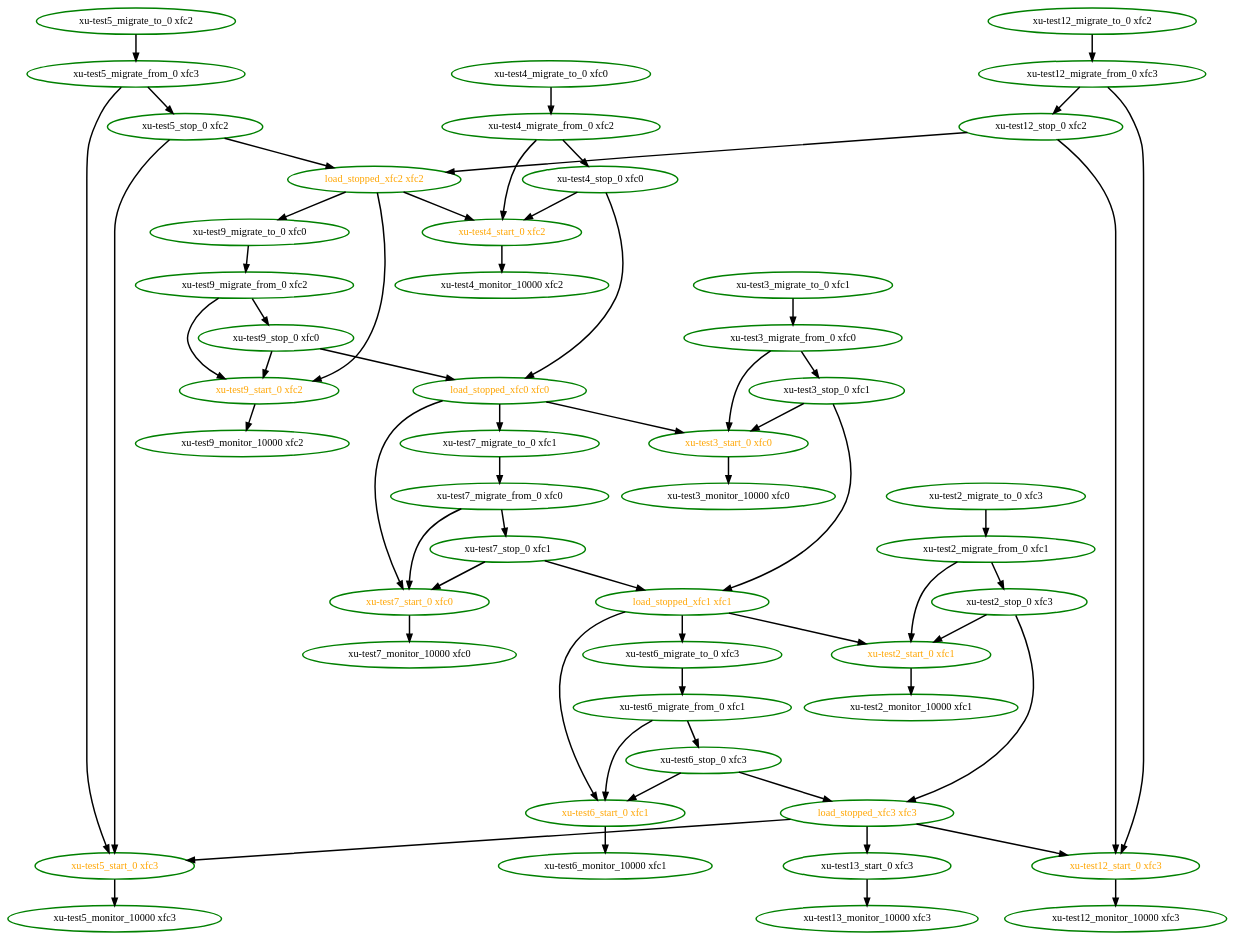
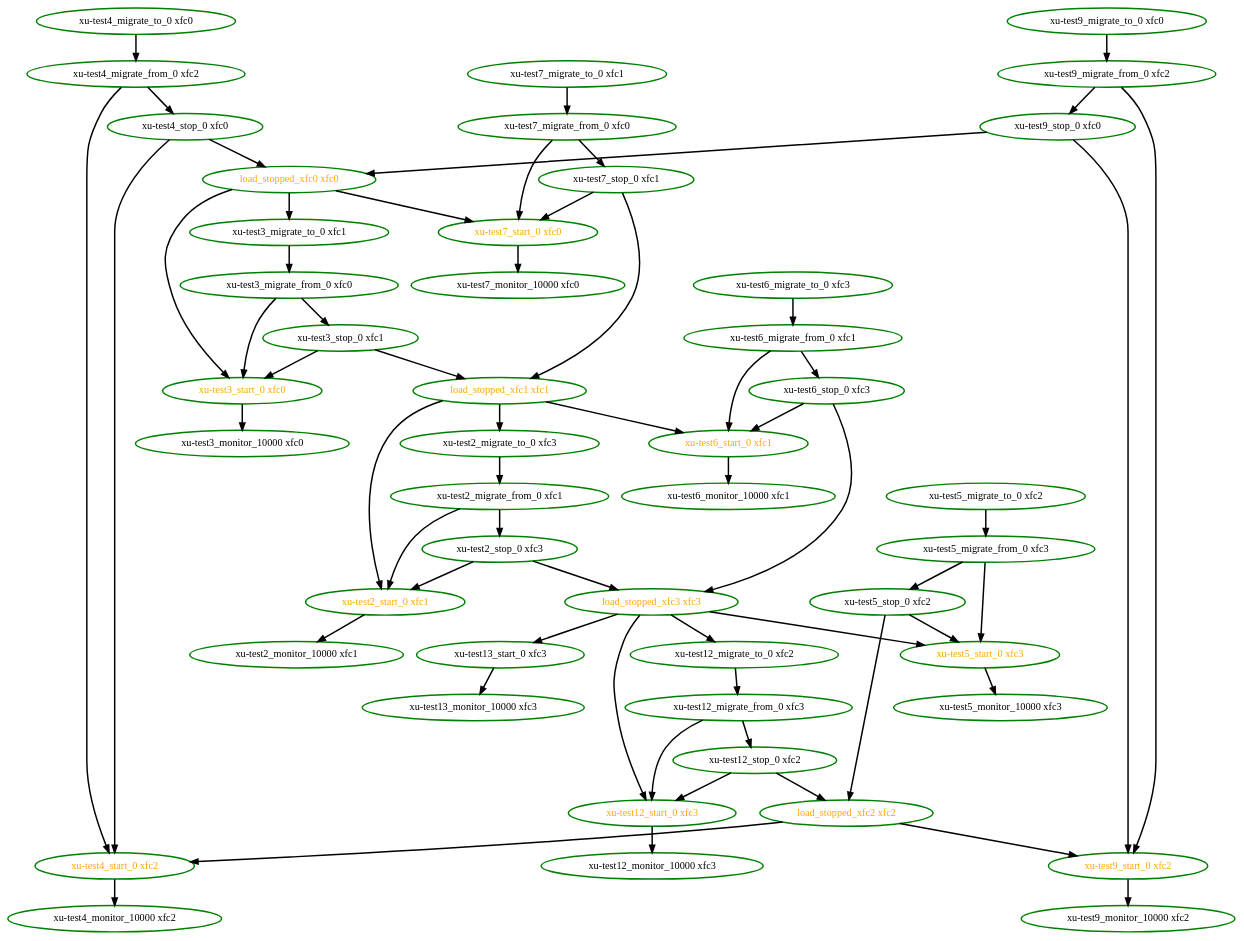
Before and after one commit to ClusterLabs/pacemaker: the diagram in cts/scheduler/load-stopped-loop-2.dot, drawn with Graphviz. The commit also changed 5 other files, not shown here.

```diff
--- a/cts/scheduler/load-stopped-loop-2.dot
+++ b/cts/scheduler/load-stopped-loop-2.dot
@@ -1,109 +1,109 @@
 digraph "g" {
+"load_stopped_xfc0 xfc0" -> "xu-test3_migrate_to_0 xfc1" [ style = bold]
 "load_stopped_xfc0 xfc0" -> "xu-test3_start_0 xfc0" [ style = bold]
-"load_stopped_xfc0 xfc0" -> "xu-test7_migrate_to_0 xfc1" [ style = bold]
 "load_stopped_xfc0 xfc0" -> "xu-test7_start_0 xfc0" [ style = bold]
 "load_stopped_xfc0 xfc0" [ style=bold color="green" fontcolor="orange"]
+"load_stopped_xfc1 xfc1" -> "xu-test2_migrate_to_0 xfc3" [ style = bold]
 "load_stopped_xfc1 xfc1" -> "xu-test2_start_0 xfc1" [ style = bold]
-"load_stopped_xfc1 xfc1" -> "xu-test6_migrate_to_0 xfc3" [ style = bold]
 "load_stopped_xfc1 xfc1" -> "xu-test6_start_0 xfc1" [ style = bold]
 "load_stopped_xfc1 xfc1" [ style=bold color="green" fontcolor="orange"]
 "load_stopped_xfc2 xfc2" -> "xu-test4_start_0 xfc2" [ style = bold]
-"load_stopped_xfc2 xfc2" -> "xu-test9_migrate_to_0 xfc0" [ style = bold]
 "load_stopped_xfc2 xfc2" -> "xu-test9_start_0 xfc2" [ style = bold]
 "load_stopped_xfc2 xfc2" [ style=bold color="green" fontcolor="orange"]
+"load_stopped_xfc3 xfc3" -> "xu-test12_migrate_to_0 xfc2" [ style = bold]
 "load_stopped_xfc3 xfc3" -> "xu-test12_start_0 xfc3" [ style = bold]
 "load_stopped_xfc3 xfc3" -> "xu-test13_start_0 xfc3" [ style = bold]
 "load_stopped_xfc3 xfc3" -> "xu-test5_start_0 xfc3" [ style = bold]
 "load_stopped_xfc3 xfc3" [ style=bold color="green" fontcolor="orange"]
 "xu-test12_migrate_from_0 xfc3" -> "xu-test12_start_0 xfc3" [ style = bold]
 "xu-test12_migrate_from_0 xfc3" -> "xu-test12_stop_0 xfc2" [ style = bold]
 "xu-test12_migrate_from_0 xfc3" [ style=bold color="green" fontcolor="black"]
 "xu-test12_migrate_to_0 xfc2" -> "xu-test12_migrate_from_0 xfc3" [ style = bold]
 "xu-test12_migrate_to_0 xfc2" [ style=bold color="green" fontcolor="black"]
 "xu-test12_monitor_10000 xfc3" [ style=bold color="green" fontcolor="black"]
 "xu-test12_start_0 xfc3" -> "xu-test12_monitor_10000 xfc3" [ style = bold]
 "xu-test12_start_0 xfc3" [ style=bold color="green" fontcolor="orange"]
 "xu-test12_stop_0 xfc2" -> "load_stopped_xfc2 xfc2" [ style = bold]
 "xu-test12_stop_0 xfc2" -> "xu-test12_start_0 xfc3" [ style = bold]
 "xu-test12_stop_0 xfc2" [ style=bold color="green" fontcolor="black"]
 "xu-test13_monitor_10000 xfc3" [ style=bold color="green" fontcolor="black"]
 "xu-test13_start_0 xfc3" -> "xu-test13_monitor_10000 xfc3" [ style = bold]
 "xu-test13_start_0 xfc3" [ style=bold color="green" fontcolor="black"]
 "xu-test2_migrate_from_0 xfc1" -> "xu-test2_start_0 xfc1" [ style = bold]
 "xu-test2_migrate_from_0 xfc1" -> "xu-test2_stop_0 xfc3" [ style = bold]
 "xu-test2_migrate_from_0 xfc1" [ style=bold color="green" fontcolor="black"]
 "xu-test2_migrate_to_0 xfc3" -> "xu-test2_migrate_from_0 xfc1" [ style = bold]
 "xu-test2_migrate_to_0 xfc3" [ style=bold color="green" fontcolor="black"]
 "xu-test2_monitor_10000 xfc1" [ style=bold color="green" fontcolor="black"]
 "xu-test2_start_0 xfc1" -> "xu-test2_monitor_10000 xfc1" [ style = bold]
 "xu-test2_start_0 xfc1" [ style=bold color="green" fontcolor="orange"]
 "xu-test2_stop_0 xfc3" -> "load_stopped_xfc3 xfc3" [ style = bold]
 "xu-test2_stop_0 xfc3" -> "xu-test2_start_0 xfc1" [ style = bold]
 "xu-test2_stop_0 xfc3" [ style=bold color="green" fontcolor="black"]
 "xu-test3_migrate_from_0 xfc0" -> "xu-test3_start_0 xfc0" [ style = bold]
 "xu-test3_migrate_from_0 xfc0" -> "xu-test3_stop_0 xfc1" [ style = bold]
 "xu-test3_migrate_from_0 xfc0" [ style=bold color="green" fontcolor="black"]
 "xu-test3_migrate_to_0 xfc1" -> "xu-test3_migrate_from_0 xfc0" [ style = bold]
 "xu-test3_migrate_to_0 xfc1" [ style=bold color="green" fontcolor="black"]
 "xu-test3_monitor_10000 xfc0" [ style=bold color="green" fontcolor="black"]
 "xu-test3_start_0 xfc0" -> "xu-test3_monitor_10000 xfc0" [ style = bold]
 "xu-test3_start_0 xfc0" [ style=bold color="green" fontcolor="orange"]
 "xu-test3_stop_0 xfc1" -> "load_stopped_xfc1 xfc1" [ style = bold]
 "xu-test3_stop_0 xfc1" -> "xu-test3_start_0 xfc0" [ style = bold]
 "xu-test3_stop_0 xfc1" [ style=bold color="green" fontcolor="black"]
 "xu-test4_migrate_from_0 xfc2" -> "xu-test4_start_0 xfc2" [ style = bold]
 "xu-test4_migrate_from_0 xfc2" -> "xu-test4_stop_0 xfc0" [ style = bold]
 "xu-test4_migrate_from_0 xfc2" [ style=bold color="green" fontcolor="black"]
 "xu-test4_migrate_to_0 xfc0" -> "xu-test4_migrate_from_0 xfc2" [ style = bold]
 "xu-test4_migrate_to_0 xfc0" [ style=bold color="green" fontcolor="black"]
 "xu-test4_monitor_10000 xfc2" [ style=bold color="green" fontcolor="black"]
 "xu-test4_start_0 xfc2" -> "xu-test4_monitor_10000 xfc2" [ style = bold]
 "xu-test4_start_0 xfc2" [ style=bold color="green" fontcolor="orange"]
 "xu-test4_stop_0 xfc0" -> "load_stopped_xfc0 xfc0" [ style = bold]
 "xu-test4_stop_0 xfc0" -> "xu-test4_start_0 xfc2" [ style = bold]
 "xu-test4_stop_0 xfc0" [ style=bold color="green" fontcolor="black"]
 "xu-test5_migrate_from_0 xfc3" -> "xu-test5_start_0 xfc3" [ style = bold]
 "xu-test5_migrate_from_0 xfc3" -> "xu-test5_stop_0 xfc2" [ style = bold]
 "xu-test5_migrate_from_0 xfc3" [ style=bold color="green" fontcolor="black"]
 "xu-test5_migrate_to_0 xfc2" -> "xu-test5_migrate_from_0 xfc3" [ style = bold]
 "xu-test5_migrate_to_0 xfc2" [ style=bold color="green" fontcolor="black"]
 "xu-test5_monitor_10000 xfc3" [ style=bold color="green" fontcolor="black"]
 "xu-test5_start_0 xfc3" -> "xu-test5_monitor_10000 xfc3" [ style = bold]
 "xu-test5_start_0 xfc3" [ style=bold color="green" fontcolor="orange"]
 "xu-test5_stop_0 xfc2" -> "load_stopped_xfc2 xfc2" [ style = bold]
 "xu-test5_stop_0 xfc2" -> "xu-test5_start_0 xfc3" [ style = bold]
 "xu-test5_stop_0 xfc2" [ style=bold color="green" fontcolor="black"]
 "xu-test6_migrate_from_0 xfc1" -> "xu-test6_start_0 xfc1" [ style = bold]
 "xu-test6_migrate_from_0 xfc1" -> "xu-test6_stop_0 xfc3" [ style = bold]
 "xu-test6_migrate_from_0 xfc1" [ style=bold color="green" fontcolor="black"]
 "xu-test6_migrate_to_0 xfc3" -> "xu-test6_migrate_from_0 xfc1" [ style = bold]
 "xu-test6_migrate_to_0 xfc3" [ style=bold color="green" fontcolor="black"]
 "xu-test6_monitor_10000 xfc1" [ style=bold color="green" fontcolor="black"]
 "xu-test6_start_0 xfc1" -> "xu-test6_monitor_10000 xfc1" [ style = bold]
 "xu-test6_start_0 xfc1" [ style=bold color="green" fontcolor="orange"]
 "xu-test6_stop_0 xfc3" -> "load_stopped_xfc3 xfc3" [ style = bold]
 "xu-test6_stop_0 xfc3" -> "xu-test6_start_0 xfc1" [ style = bold]
 "xu-test6_stop_0 xfc3" [ style=bold color="green" fontcolor="black"]
 "xu-test7_migrate_from_0 xfc0" -> "xu-test7_start_0 xfc0" [ style = bold]
 "xu-test7_migrate_from_0 xfc0" -> "xu-test7_stop_0 xfc1" [ style = bold]
 "xu-test7_migrate_from_0 xfc0" [ style=bold color="green" fontcolor="black"]
 "xu-test7_migrate_to_0 xfc1" -> "xu-test7_migrate_from_0 xfc0" [ style = bold]
 "xu-test7_migrate_to_0 xfc1" [ style=bold color="green" fontcolor="black"]
 "xu-test7_monitor_10000 xfc0" [ style=bold color="green" fontcolor="black"]
 "xu-test7_start_0 xfc0" -> "xu-test7_monitor_10000 xfc0" [ style = bold]
 "xu-test7_start_0 xfc0" [ style=bold color="green" fontcolor="orange"]
 "xu-test7_stop_0 xfc1" -> "load_stopped_xfc1 xfc1" [ style = bold]
 "xu-test7_stop_0 xfc1" -> "xu-test7_start_0 xfc0" [ style = bold]
 "xu-test7_stop_0 xfc1" [ style=bold color="green" fontcolor="black"]
 "xu-test9_migrate_from_0 xfc2" -> "xu-test9_start_0 xfc2" [ style = bold]
 "xu-test9_migrate_from_0 xfc2" -> "xu-test9_stop_0 xfc0" [ style = bold]
 "xu-test9_migrate_from_0 xfc2" [ style=bold color="green" fontcolor="black"]
 "xu-test9_migrate_to_0 xfc0" -> "xu-test9_migrate_from_0 xfc2" [ style = bold]
 "xu-test9_migrate_to_0 xfc0" [ style=bold color="green" fontcolor="black"]
 "xu-test9_monitor_10000 xfc2" [ style=bold color="green" fontcolor="black"]
 "xu-test9_start_0 xfc2" -> "xu-test9_monitor_10000 xfc2" [ style = bold]
 "xu-test9_start_0 xfc2" [ style=bold color="green" fontcolor="orange"]
 "xu-test9_stop_0 xfc0" -> "load_stopped_xfc0 xfc0" [ style = bold]
 "xu-test9_stop_0 xfc0" -> "xu-test9_start_0 xfc2" [ style = bold]
 "xu-test9_stop_0 xfc0" [ style=bold color="green" fontcolor="black"]
 }
```
